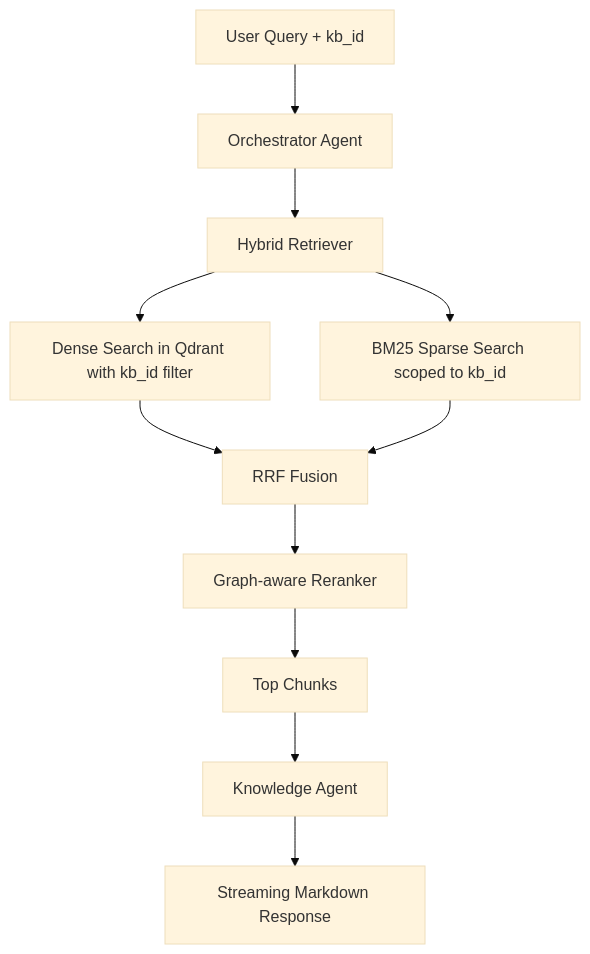
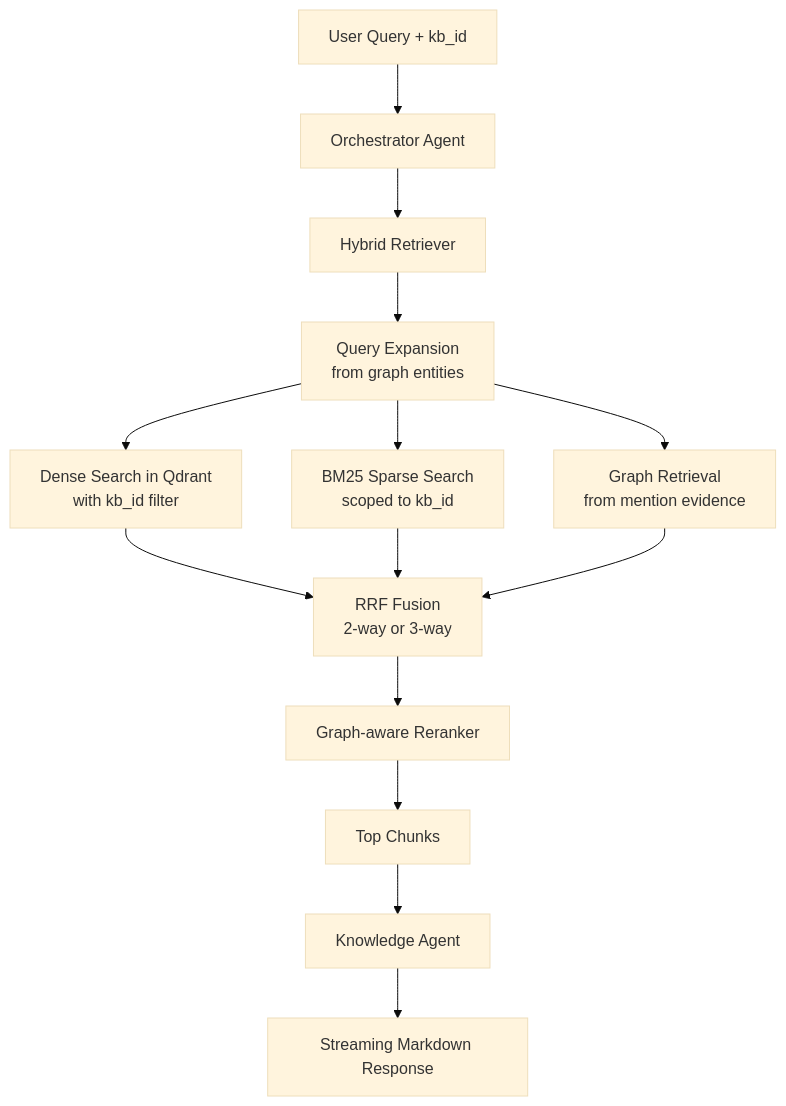
The first of 2 diagrams in docs/architecture.md (jumping2000/nanoRAG), drawn with Mermaid (base theme) before and after one commit. The commit also changed other lines of this file and 2 other files, not shown here.

Commit message:
docs: update hybrid-search, architecture; create observability doc; add design spec and plan

````diff
--- a/docs/architecture.md
+++ b/docs/architecture.md
@@ -31,13 +33,16 @@
 ```mermaid
 flowchart TD
     A[User Query + kb_id] --> B[Orchestrator Agent]
     B --> C[Hybrid Retriever]
-    C --> D[Dense Search in Qdrant with kb_id filter]
-    C --> E[BM25 Sparse Search scoped to kb_id]
-    D --> F[RRF Fusion]
+    C --> QE[Query Expansion<br/>from graph entities]
+    QE --> D[Dense Search in Qdrant<br/>with kb_id filter]
+    QE --> E[BM25 Sparse Search<br/>scoped to kb_id]
+    QE --> GR[Graph Retrieval<br/>from mention evidence]
+    D --> F[RRF Fusion<br/>2-way or 3-way]
     E --> F
+    GR --> F
     F --> G[Graph-aware Reranker]
     G --> H[Top Chunks]
     H --> I[Knowledge Agent]
     I --> L[Streaming Markdown Response]
 ```
````
